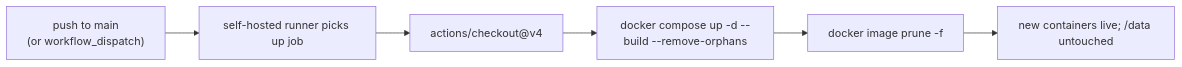
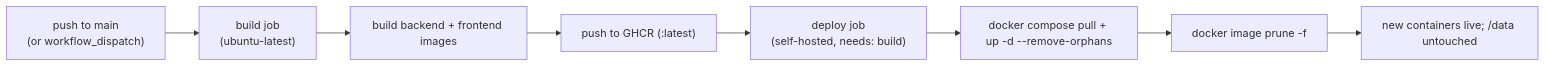
One commit to gcheruku/jobtracker changed the second of 2 diagrams in docs/Deployment.md. Above: the diagram before and after it, drawn with Mermaid. The commit also changed other lines of this file and 3 other files, not shown here.

First line of the commit message:
Build images in CI and push to GHCR; NAS pulls (no on-device build)

````diff
--- a/docs/Deployment.md
+++ b/docs/Deployment.md
@@ -29,8 +35,10 @@
 ```mermaid
 flowchart LR
-    A["push to main<br/>(or workflow_dispatch)"] --> B["self-hosted runner picks up job"]
-    B --> C["actions/checkout@v4"]
-    C --> D["docker compose up -d --build --remove-orphans"]
-    D --> E["docker image prune -f"]
-    E --> F["new containers live; /data untouched"]
+    A["push to main<br/>(or workflow_dispatch)"] --> B["build job<br/>(ubuntu-latest)"]
+    B --> C["build backend + frontend images"]
+    C --> D["push to GHCR (:latest)"]
+    D --> E["deploy job<br/>(self-hosted, needs: build)"]
+    E --> F["docker compose pull + up -d --remove-orphans"]
+    F --> G["docker image prune -f"]
+    G --> H["new containers live; /data untouched"]
 ```
````
